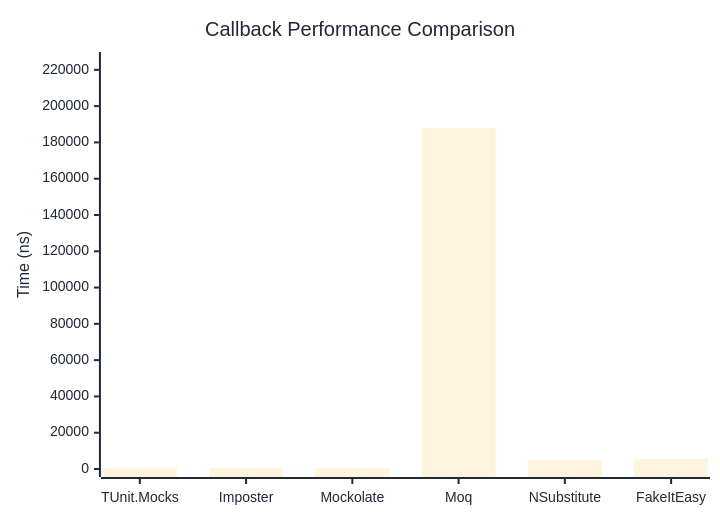
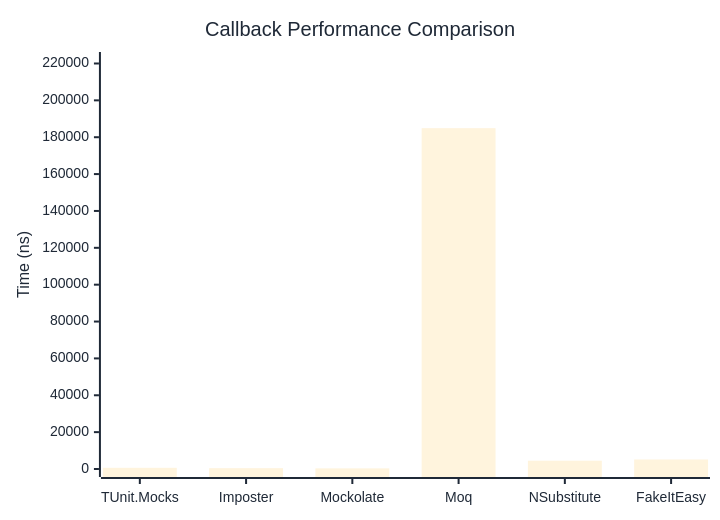
The first of 2 diagrams in docs/docs/benchmarks/mocks/Callback.md (thomhurst/TUnit), drawn with Mermaid before and after one commit. The commit also changed other lines of this file and 14 other files, not shown here.

````diff
--- a/docs/docs/benchmarks/mocks/Callback.md
+++ b/docs/docs/benchmarks/mocks/Callback.md
@@ -30,27 +30,27 @@
 ```mermaid
 %%{init: {
   'theme':'base',
   'themeVariables': {
     'primaryColor': '#2563eb',
     'primaryTextColor': '#1f2937',
     'primaryBorderColor': '#1e40af',
     'lineColor': '#6b7280',
     'secondaryColor': '#7c3aed',
     'tertiaryColor': '#dc2626',
     'background': '#ffffff',
     'pie1': '#2563eb',
     'pie2': '#7c3aed',
     'pie3': '#dc2626',
     'pie4': '#f59e0b',
     'pie5': '#10b981',
     'pie6': '#06b6d4',
     'pie7': '#ec4899',
     'pie8': '#6366f1'
   }
 }}%%
 xychart-beta
   title "Callback Performance Comparison"
   x-axis ["TUnit.Mocks", "Imposter", "Mockolate", "Moq", "NSubstitute", "FakeItEasy"]
-  y-axis "Time (ns)" 0 --> 225414
-  bar [700.9, 525.5, 394, 187844.8, 4912.4, 5626.2]
+  y-axis "Time (ns)" 0 --> 221894
+  bar [642.9, 462.6, 339, 184911, 4504.4, 5162.9]
 ```
````
